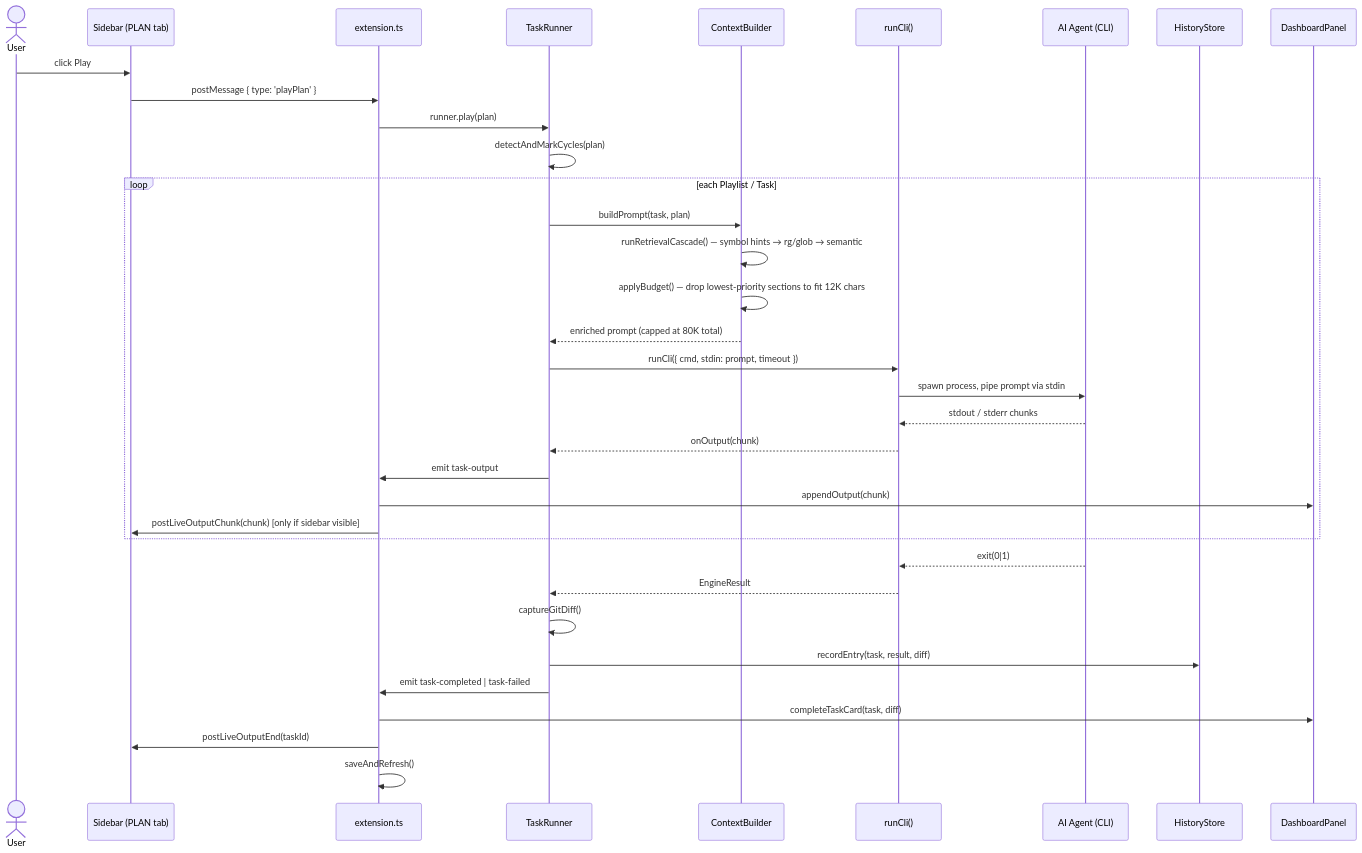
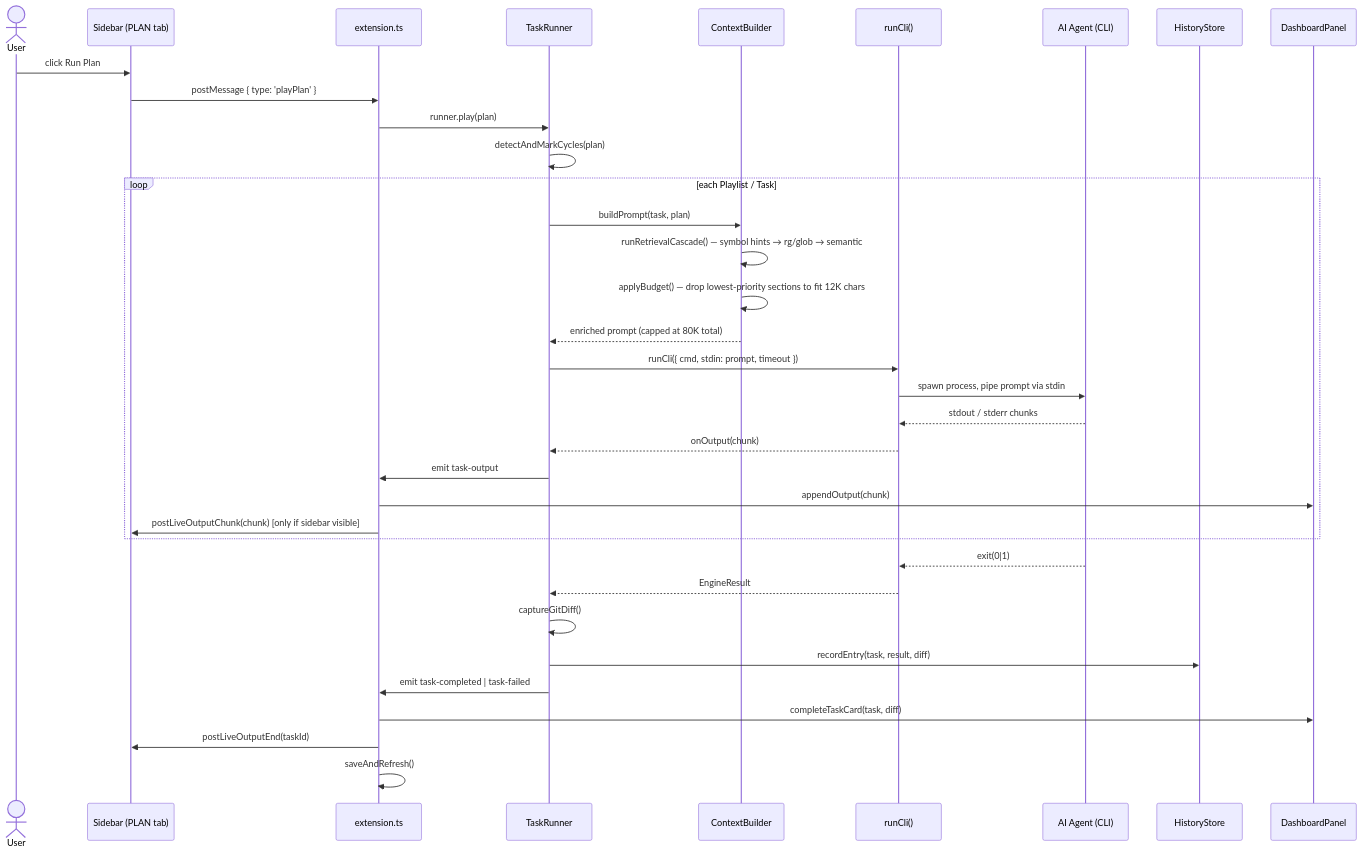
One commit to sujan-poudel-03/moag changed the second of 7 diagrams in docs/architecture.md. Above: the diagram before and after it, drawn with Mermaid. The commit also changed 33 other files, not shown here.

````diff
--- a/docs/architecture.md
+++ b/docs/architecture.md
@@ -91,40 +91,40 @@
 ```mermaid
 sequenceDiagram
     actor User
     participant Sidebar as Sidebar (PLAN tab)
     participant EXT as extension.ts
     participant Runner as TaskRunner
     participant CTX as ContextBuilder
     participant CLI as runCli()
     participant Agent as AI Agent (CLI)
     participant History as HistoryStore
     participant Dashboard as DashboardPanel
 
-    User->>Sidebar: click Play
+    User->>Sidebar: click Run Plan
     Sidebar->>EXT: postMessage { type: 'playPlan' }
     EXT->>Runner: runner.play(plan)
     Runner->>Runner: detectAndMarkCycles(plan)
 
     loop each Playlist / Task
         Runner->>CTX: buildPrompt(task, plan)
         CTX->>CTX: runRetrievalCascade() — symbol hints → rg/glob → semantic
         CTX->>CTX: applyBudget() — drop lowest-priority sections to fit 12K chars
         CTX-->>Runner: enriched prompt (capped at 80K total)
         Runner->>CLI: runCli({ cmd, stdin: prompt, timeout })
         CLI->>Agent: spawn process, pipe prompt via stdin
         Agent-->>CLI: stdout / stderr chunks
         CLI-->>Runner: onOutput(chunk)
         Runner->>EXT: emit task-output
         EXT->>Dashboard: appendOutput(chunk)
         EXT->>Sidebar: postLiveOutputChunk(chunk)  [only if sidebar visible]
     end
 
     Agent-->>CLI: exit(0|1)
     CLI-->>Runner: EngineResult
     Runner->>Runner: captureGitDiff()
     Runner->>History: recordEntry(task, result, diff)
     Runner->>EXT: emit task-completed | task-failed
     EXT->>Dashboard: completeTaskCard(task, diff)
     EXT->>Sidebar: postLiveOutputEnd(taskId)
     EXT->>EXT: saveAndRefresh()
 ```
````
